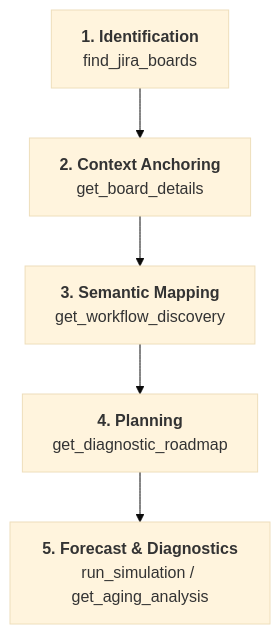
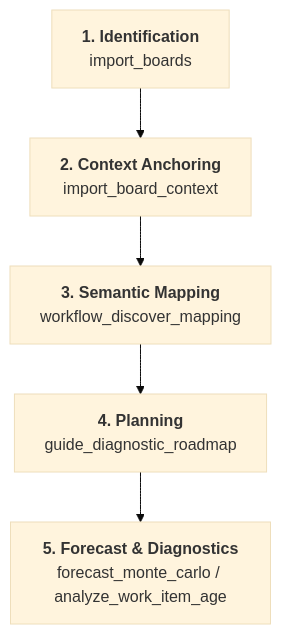
Before and after one commit to bbak/mcs-mcp: the diagram in docs/architecture.md, drawn with Mermaid (base theme). The commit also changed other lines of this file and 2 other files, not shown here.

Commit message:
docs: update architecture and use cases with new harmonized tool taxonomy

````diff
--- a/docs/architecture.md
+++ b/docs/architecture.md
@@ -11,7 +11,7 @@
 ```mermaid
 graph TD
-    A["<b>1. Identification</b><br/>find_jira_boards"] --> B["<b>2. Context Anchoring</b><br/>get_board_details"]
-    B --> C["<b>3. Semantic Mapping</b><br/>get_workflow_discovery"]
-    C --> D["<b>4. Planning</b><br/>get_diagnostic_roadmap"]
-    D --> E["<b>5. Forecast & Diagnostics</b><br/>run_simulation / get_aging_analysis"]
+    A["<b>1. Identification</b><br/>import_boards"] --> B["<b>2. Context Anchoring</b><br/>import_board_context"]
+    B --> C["<b>3. Semantic Mapping</b><br/>workflow_discover_mapping"]
+    C --> D["<b>4. Planning</b><br/>guide_diagnostic_roadmap"]
+    D --> E["<b>5. Forecast & Diagnostics</b><br/>forecast_monte_carlo / analyze_work_item_age"]
 ```
````
